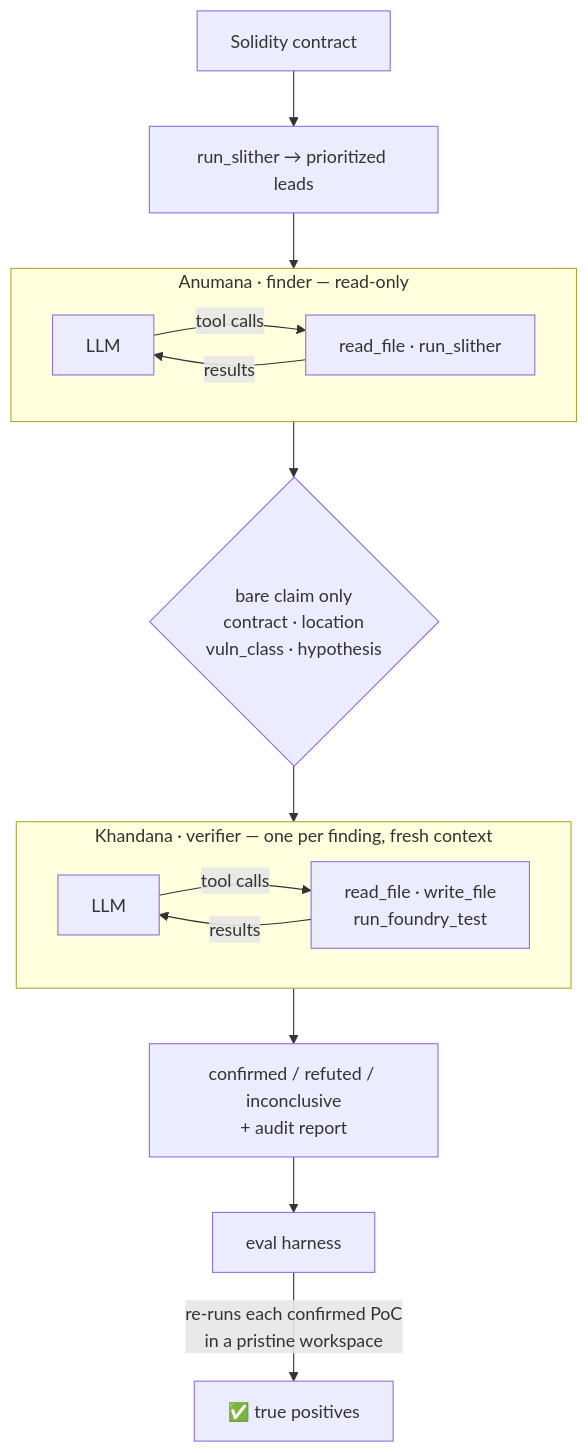
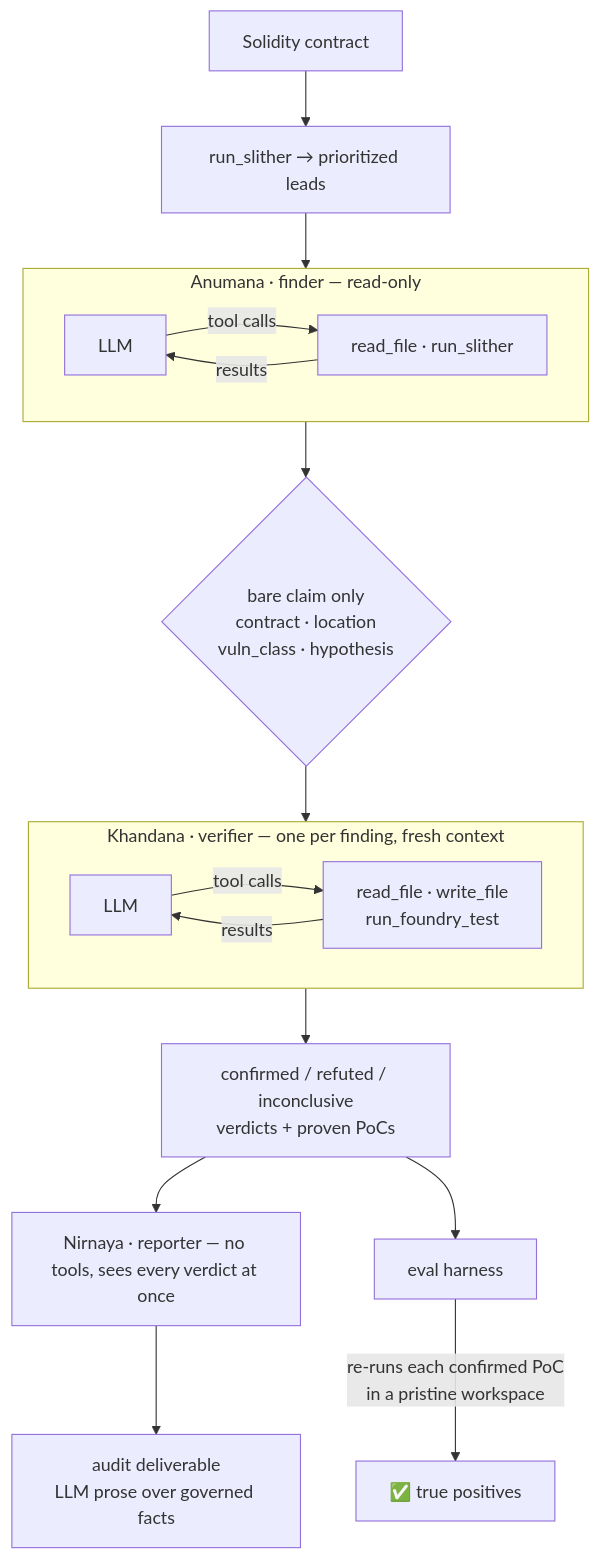
One commit to divyangchauhan/Pramana changed the diagram in README.md. Above: the diagram before and after it, drawn with Mermaid. The commit also changed other lines of this file and 6 other files, not shown here.

First line of the commit message:
Phase 2: the reporter (Nirnaya) + README tighten (#15)

````diff
--- a/README.md
+++ b/README.md
@@ -148,24 +106,26 @@
 ```mermaid
 flowchart TD
     C["Solidity contract"] --> SL["run_slither → prioritized leads"]
     SL --> F
 
     subgraph F["Anumana · finder — read-only"]
       direction LR
       FL["LLM"] -->|"tool calls"| FT["read_file · run_slither"]
       FT -->|"results"| FL
     end
 
     F --> CLAIM{"bare claim only<br/>contract · location<br/>vuln_class · hypothesis"}
 
     subgraph V["Khandana · verifier — one per finding, fresh context"]
       direction LR
       VL["LLM"] -->|"tool calls"| VT["read_file · write_file<br/>run_foundry_test"]
       VT -->|"results"| VL
     end
 
     CLAIM --> V
-    V --> OUT["confirmed / refuted / inconclusive<br/>+ audit report"]
+    V --> OUT["confirmed / refuted / inconclusive<br/>verdicts + proven PoCs"]
+    OUT --> R["Nirnaya · reporter — no tools, sees every verdict at once"]
+    R --> REP["audit deliverable<br/>LLM prose over governed facts"]
     OUT --> EV["eval harness"]
     EV -->|"re-runs each confirmed PoC<br/>in a pristine workspace"| TP["✅ true positives"]
 ```
````
